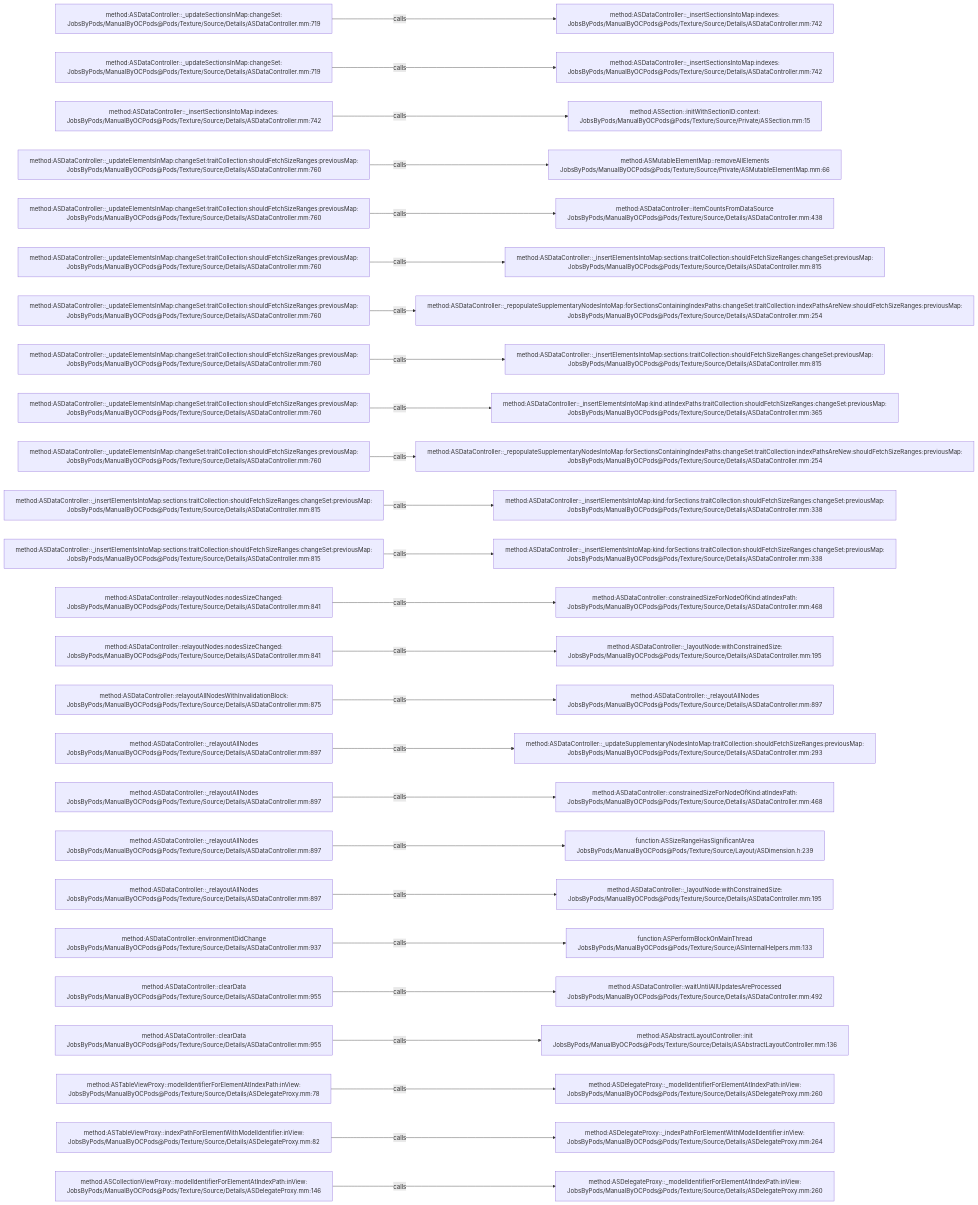
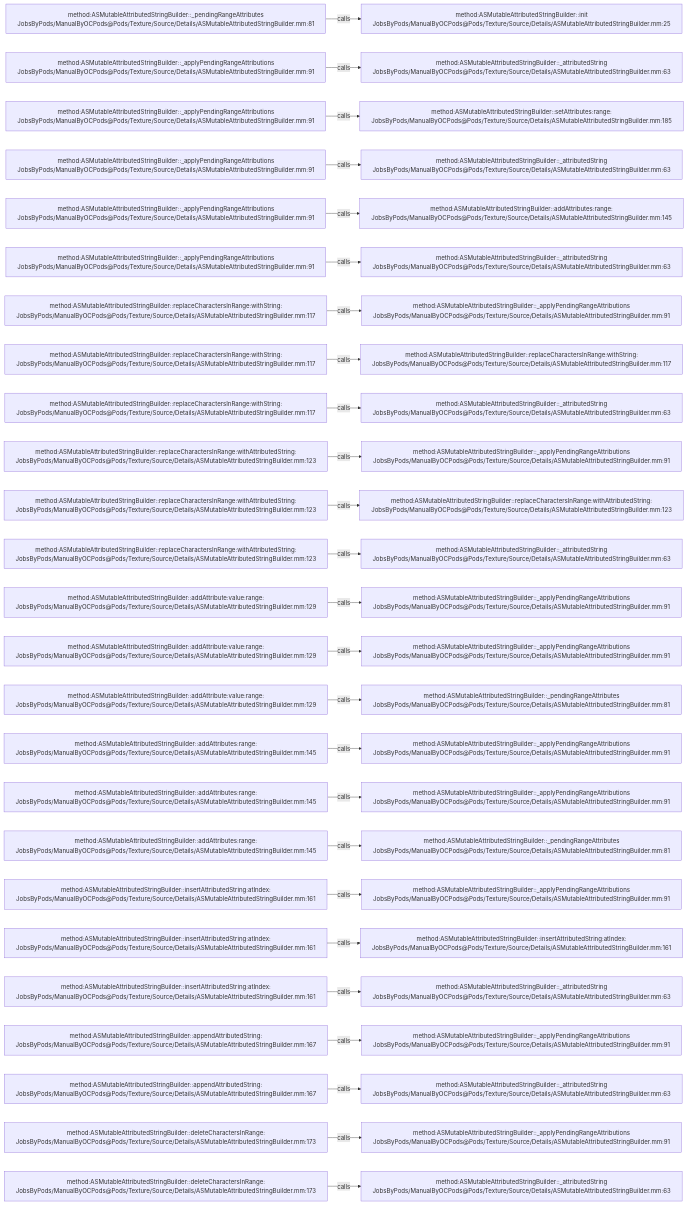
The diagram in .codegraph/codegraph.md/graphs/calls-157.md (JobsKits/JobsOCBaseConfigDemo), drawn with Mermaid before and after one commit. The commit also changed 1353 other files, not shown here.

````diff
--- a/.codegraph/codegraph.md/graphs/calls-157.md
+++ b/.codegraph/codegraph.md/graphs/calls-157.md
@@ -13,78 +13,78 @@
 ```mermaid
 flowchart LR
-  S1["method:ASDataController::_updateSectionsInMap:changeSet:<br/>JobsByPods/ManualByOCPods@Pods/Texture/Source/Details/ASDataController.mm:719"]
-  T1["method:ASDataController::_insertSectionsIntoMap:indexes:<br/>JobsByPods/ManualByOCPods@Pods/Texture/Source/Details/ASDataController.mm:742"]
+  S1["method:ASMutableAttributedStringBuilder::_pendingRangeAttributes<br/>JobsByPods/ManualByOCPods@Pods/Texture/Source/Details/ASMutableAttributedStringBuilder.mm:81"]
+  T1["method:ASMutableAttributedStringBuilder::init<br/>JobsByPods/ManualByOCPods@Pods/Texture/Source/Details/ASMutableAttributedStringBuilder.mm:25"]
   S1 -->|calls| T1
-  S2["method:ASDataController::_updateSectionsInMap:changeSet:<br/>JobsByPods/ManualByOCPods@Pods/Texture/Source/Details/ASDataController.mm:719"]
-  T2["method:ASDataController::_insertSectionsIntoMap:indexes:<br/>JobsByPods/ManualByOCPods@Pods/Texture/Source/Details/ASDataController.mm:742"]
+  S2["method:ASMutableAttributedStringBuilder::_applyPendingRangeAttributions<br/>JobsByPods/ManualByOCPods@Pods/Texture/Source/Details/ASMutableAttributedStringBuilder.mm:91"]
+  T2["method:ASMutableAttributedStringBuilder::_attributedString<br/>JobsByPods/ManualByOCPods@Pods/Texture/Source/Details/ASMutableAttributedStringBuilder.mm:63"]
   S2 -->|calls| T2
-  S3["method:ASDataController::_insertSectionsIntoMap:indexes:<br/>JobsByPods/ManualByOCPods@Pods/Texture/Source/Details/ASDataController.mm:742"]
-  T3["method:ASSection::initWithSectionID:context:<br/>JobsByPods/ManualByOCPods@Pods/Texture/Source/Private/ASSection.mm:15"]
+  S3["method:ASMutableAttributedStringBuilder::_applyPendingRangeAttributions<br/>JobsByPods/ManualByOCPods@Pods/Texture/Source/Details/ASMutableAttributedStringBuilder.mm:91"]
+  T3["method:ASMutableAttributedStringBuilder::setAttributes:range:<br/>JobsByPods/ManualByOCPods@Pods/Texture/Source/Details/ASMutableAttributedStringBuilder.mm:185"]
   S3 -->|calls| T3
-  S4["method:ASDataController::_updateElementsInMap:changeSet:traitCollection:shouldFetchSizeRanges:previousMap:<br/>JobsByPods/ManualByOCPods@Pods/Texture/Source/Details/ASDataController.mm:760"]
-  T4["method:ASMutableElementMap::removeAllElements<br/>JobsByPods/ManualByOCPods@Pods/Texture/Source/Private/ASMutableElementMap.mm:66"]
+  S4["method:ASMutableAttributedStringBuilder::_applyPendingRangeAttributions<br/>JobsByPods/ManualByOCPods@Pods/Texture/Source/Details/ASMutableAttributedStringBuilder.mm:91"]
+  T4["method:ASMutableAttributedStringBuilder::_attributedString<br/>JobsByPods/ManualByOCPods@Pods/Texture/Source/Details/ASMutableAttributedStringBuilder.mm:63"]
   S4 -->|calls| T4
-  S5["method:ASDataController::_updateElementsInMap:changeSet:traitCollection:shouldFetchSizeRanges:previousMap:<br/>JobsByPods/ManualByOCPods@Pods/Texture/Source/Details/ASDataController.mm:760"]
-  T5["method:ASDataController::itemCountsFromDataSource<br/>JobsByPods/ManualByOCPods@Pods/Texture/Source/Details/ASDataController.mm:438"]
+  S5["method:ASMutableAttributedStringBuilder::_applyPendingRangeAttributions<br/>JobsByPods/ManualByOCPods@Pods/Texture/Source/Details/ASMutableAttributedStringBuilder.mm:91"]
+  T5["method:ASMutableAttributedStringBuilder::addAttributes:range:<br/>JobsByPods/ManualByOCPods@Pods/Texture/Source/Details/ASMutableAttributedStringBuilder.mm:145"]
   S5 -->|calls| T5
-  S6["method:ASDataController::_updateElementsInMap:changeSet:traitCollection:shouldFetchSizeRanges:previousMap:<br/>JobsByPods/ManualByOCPods@Pods/Texture/Source/Details/ASDataController.mm:760"]
-  T6["method:ASDataController::_insertElementsIntoMap:sections:traitCollection:shouldFetchSizeRanges:changeSet:previousMap:<br/>JobsByPods/ManualByOCPods@Pods/Texture/Source/Details/ASDataController.mm:815"]
+  S6["method:ASMutableAttributedStringBuilder::_applyPendingRangeAttributions<br/>JobsByPods/ManualByOCPods@Pods/Texture/Source/Details/ASMutableAttributedStringBuilder.mm:91"]
+  T6["method:ASMutableAttributedStringBuilder::_attributedString<br/>JobsByPods/ManualByOCPods@Pods/Texture/Source/Details/ASMutableAttributedStringBuilder.mm:63"]
   S6 -->|calls| T6
-  S7["method:ASDataController::_updateElementsInMap:changeSet:traitCollection:shouldFetchSizeRanges:previousMap:<br/>JobsByPods/ManualByOCPods@Pods/Texture/Source/Details/ASDataController.mm:760"]
-  T7["method:ASDataController::_repopulateSupplementaryNodesIntoMap:forSectionsContainingIndexPaths:changeSet:traitCollection:indexPathsAreNew:shouldFetchSizeRanges:previousMap:<br/>JobsByPods/ManualByOCPods@Pods/Texture/Source/Details/ASDataController.mm:254"]
+  S7["method:ASMutableAttributedStringBuilder::replaceCharactersInRange:withString:<br/>JobsByPods/ManualByOCPods@Pods/Texture/Source/Details/ASMutableAttributedStringBuilder.mm:117"]
+  T7["method:ASMutableAttributedStringBuilder::_applyPendingRangeAttributions<br/>JobsByPods/ManualByOCPods@Pods/Texture/Source/Details/ASMutableAttributedStringBuilder.mm:91"]
   S7 -->|calls| T7
-  S8["method:ASDataController::_updateElementsInMap:changeSet:traitCollection:shouldFetchSizeRanges:previousMap:<br/>JobsByPods/ManualByOCPods@Pods/Texture/Source/Details/ASDataController.mm:760"]
-  T8["method:ASDataController::_insertElementsIntoMap:sections:traitCollection:shouldFetchSizeRanges:changeSet:previousMap:<br/>JobsByPods/ManualByOCPods@Pods/Texture/Source/Details/ASDataController.mm:815"]
+  S8["method:ASMutableAttributedStringBuilder::replaceCharactersInRange:withString:<br/>JobsByPods/ManualByOCPods@Pods/Texture/Source/Details/ASMutableAttributedStringBuilder.mm:117"]
+  T8["method:ASMutableAttributedStringBuilder::replaceCharactersInRange:withString:<br/>JobsByPods/ManualByOCPods@Pods/Texture/Source/Details/ASMutableAttributedStringBuilder.mm:117"]
   S8 -->|calls| T8
-  S9["method:ASDataController::_updateElementsInMap:changeSet:traitCollection:shouldFetchSizeRanges:previousMap:<br/>JobsByPods/ManualByOCPods@Pods/Texture/Source/Details/ASDataController.mm:760"]
-  T9["method:ASDataController::_insertElementsIntoMap:kind:atIndexPaths:traitCollection:shouldFetchSizeRanges:changeSet:previousMap:<br/>JobsByPods/ManualByOCPods@Pods/Texture/Source/Details/ASDataController.mm:365"]
+  S9["method:ASMutableAttributedStringBuilder::replaceCharactersInRange:withString:<br/>JobsByPods/ManualByOCPods@Pods/Texture/Source/Details/ASMutableAttributedStringBuilder.mm:117"]
+  T9["method:ASMutableAttributedStringBuilder::_attributedString<br/>JobsByPods/ManualByOCPods@Pods/Texture/Source/Details/ASMutableAttributedStringBuilder.mm:63"]
   S9 -->|calls| T9
-  S10["method:ASDataController::_updateElementsInMap:changeSet:traitCollection:shouldFetchSizeRanges:previousMap:<br/>JobsByPods/ManualByOCPods@Pods/Texture/Source/Details/ASDataController.mm:760"]
-  T10["method:ASDataController::_repopulateSupplementaryNodesIntoMap:forSectionsContainingIndexPaths:changeSet:traitCollection:indexPathsAreNew:shouldFetchSizeRanges:previousMap:<br/>JobsByPods/ManualByOCPods@Pods/Texture/Source/Details/ASDataController.mm:254"]
+  S10["method:ASMutableAttributedStringBuilder::replaceCharactersInRange:withAttributedString:<br/>JobsByPods/ManualByOCPods@Pods/Texture/Source/Details/ASMutableAttributedStringBuilder.mm:123"]
+  T10["method:ASMutableAttributedStringBuilder::_applyPendingRangeAttributions<br/>JobsByPods/ManualByOCPods@Pods/Texture/Source/Details/ASMutableAttributedStringBuilder.mm:91"]
   S10 -->|calls| T10
-  S11["method:ASDataController::_insertElementsIntoMap:sections:traitCollection:shouldFetchSizeRanges:changeSet:previousMap:<br/>JobsByPods/ManualByOCPods@Pods/Texture/Source/Details/ASDataController.mm:815"]
-  T11["method:ASDataController::_insertElementsIntoMap:kind:forSections:traitCollection:shouldFetchSizeRanges:changeSet:previousMap:<br/>JobsByPods/ManualByOCPods@Pods/Texture/Source/Details/ASDataController.mm:338"]
+  S11["method:ASMutableAttributedStringBuilder::replaceCharactersInRange:withAttributedString:<br/>JobsByPods/ManualByOCPods@Pods/Texture/Source/Details/ASMutableAttributedStringBuilder.mm:123"]
+  T11["method:ASMutableAttributedStringBuilder::replaceCharactersInRange:withAttributedString:<br/>JobsByPods/ManualByOCPods@Pods/Texture/Source/Details/ASMutableAttributedStringBuilder.mm:123"]
   S11 -->|calls| T11
-  S12["method:ASDataController::_insertElementsIntoMap:sections:traitCollection:shouldFetchSizeRanges:changeSet:previousMap:<br/>JobsByPods/ManualByOCPods@Pods/Texture/Source/Details/ASDataController.mm:815"]
-  T12["method:ASDataController::_insertElementsIntoMap:kind:forSections:traitCollection:shouldFetchSizeRanges:changeSet:previousMap:<br/>JobsByPods/ManualByOCPods@Pods/Texture/Source/Details/ASDataController.mm:338"]
+  S12["method:ASMutableAttributedStringBuilder::replaceCharactersInRange:withAttributedString:<br/>JobsByPods/ManualByOCPods@Pods/Texture/Source/Details/ASMutableAttributedStringBuilder.mm:123"]
+  T12["method:ASMutableAttributedStringBuilder::_attributedString<br/>JobsByPods/ManualByOCPods@Pods/Texture/Source/Details/ASMutableAttributedStringBuilder.mm:63"]
   S12 -->|calls| T12
-  S13["method:ASDataController::relayoutNodes:nodesSizeChanged:<br/>JobsByPods/ManualByOCPods@Pods/Texture/Source/Details/ASDataController.mm:841"]
-  T13["method:ASDataController::constrainedSizeForNodeOfKind:atIndexPath:<br/>JobsByPods/ManualByOCPods@Pods/Texture/Source/Details/ASDataController.mm:468"]
+  S13["method:ASMutableAttributedStringBuilder::addAttribute:value:range:<br/>JobsByPods/ManualByOCPods@Pods/Texture/Source/Details/ASMutableAttributedStringBuilder.mm:129"]
+  T13["method:ASMutableAttributedStringBuilder::_applyPendingRangeAttributions<br/>JobsByPods/ManualByOCPods@Pods/Texture/Source/Details/ASMutableAttributedStringBuilder.mm:91"]
   S13 -->|calls| T13
-  S14["method:ASDataController::relayoutNodes:nodesSizeChanged:<br/>JobsByPods/ManualByOCPods@Pods/Texture/Source/Details/ASDataController.mm:841"]
-  T14["method:ASDataController::_layoutNode:withConstrainedSize:<br/>JobsByPods/ManualByOCPods@Pods/Texture/Source/Details/ASDataController.mm:195"]
+  S14["method:ASMutableAttributedStringBuilder::addAttribute:value:range:<br/>JobsByPods/ManualByOCPods@Pods/Texture/Source/Details/ASMutableAttributedStringBuilder.mm:129"]
+  T14["method:ASMutableAttributedStringBuilder::_applyPendingRangeAttributions<br/>JobsByPods/ManualByOCPods@Pods/Texture/Source/Details/ASMutableAttributedStringBuilder.mm:91"]
   S14 -->|calls| T14
-  S15["method:ASDataController::relayoutAllNodesWithInvalidationBlock:<br/>JobsByPods/ManualByOCPods@Pods/Texture/Source/Details/ASDataController.mm:875"]
-  T15["method:ASDataController::_relayoutAllNodes<br/>JobsByPods/ManualByOCPods@Pods/Texture/Source/Details/ASDataController.mm:897"]
+  S15["method:ASMutableAttributedStringBuilder::addAttribute:value:range:<br/>JobsByPods/ManualByOCPods@Pods/Texture/Source/Details/ASMutableAttributedStringBuilder.mm:129"]
+  T15["method:ASMutableAttributedStringBuilder::_pendingRangeAttributes<br/>JobsByPods/ManualByOCPods@Pods/Texture/Source/Details/ASMutableAttributedStringBuilder.mm:81"]
   S15 -->|calls| T15
-  S16["method:ASDataController::_relayoutAllNodes<br/>JobsByPods/ManualByOCPods@Pods/Texture/Source/Details/ASDataController.mm:897"]
-  T16["method:ASDataController::_updateSupplementaryNodesIntoMap:traitCollection:shouldFetchSizeRanges:previousMap:<br/>JobsByPods/ManualByOCPods@Pods/Texture/Source/Details/ASDataController.mm:293"]
+  S16["method:ASMutableAttributedStringBuilder::addAttributes:range:<br/>JobsByPods/ManualByOCPods@Pods/Texture/Source/Details/ASMutableAttributedStringBuilder.mm:145"]
+  T16["method:ASMutableAttributedStringBuilder::_applyPendingRangeAttributions<br/>JobsByPods/ManualByOCPods@Pods/Texture/Source/Details/ASMutableAttributedStringBuilder.mm:91"]
   S16 -->|calls| T16
-  S17["method:ASDataController::_relayoutAllNodes<br/>JobsByPods/ManualByOCPods@Pods/Texture/Source/Details/ASDataController.mm:897"]
-  T17["method:ASDataController::constrainedSizeForNodeOfKind:atIndexPath:<br/>JobsByPods/ManualByOCPods@Pods/Texture/Source/Details/ASDataController.mm:468"]
+  S17["method:ASMutableAttributedStringBuilder::addAttributes:range:<br/>JobsByPods/ManualByOCPods@Pods/Texture/Source/Details/ASMutableAttributedStringBuilder.mm:145"]
+  T17["method:ASMutableAttributedStringBuilder::_applyPendingRangeAttributions<br/>JobsByPods/ManualByOCPods@Pods/Texture/Source/Details/ASMutableAttributedStringBuilder.mm:91"]
   S17 -->|calls| T17
-  S18["method:ASDataController::_relayoutAllNodes<br/>JobsByPods/ManualByOCPods@Pods/Texture/Source/Details/ASDataController.mm:897"]
-  T18["function:ASSizeRangeHasSignificantArea<br/>JobsByPods/ManualByOCPods@Pods/Texture/Source/Layout/ASDimension.h:239"]
+  S18["method:ASMutableAttributedStringBuilder::addAttributes:range:<br/>JobsByPods/ManualByOCPods@Pods/Texture/Source/Details/ASMutableAttributedStringBuilder.mm:145"]
+  T18["method:ASMutableAttributedStringBuilder::_pendingRangeAttributes<br/>JobsByPods/ManualByOCPods@Pods/Texture/Source/Details/ASMutableAttributedStringBuilder.mm:81"]
   S18 -->|calls| T18
-  S19["method:ASDataController::_relayoutAllNodes<br/>JobsByPods/ManualByOCPods@Pods/Texture/Source/Details/ASDataController.mm:897"]
-  T19["method:ASDataController::_layoutNode:withConstrainedSize:<br/>JobsByPods/ManualByOCPods@Pods/Texture/Source/Details/ASDataController.mm:195"]
+  S19["method:ASMutableAttributedStringBuilder::insertAttributedString:atIndex:<br/>JobsByPods/ManualByOCPods@Pods/Texture/Source/Details/ASMutableAttributedStringBuilder.mm:161"]
+  T19["method:ASMutableAttributedStringBuilder::_applyPendingRangeAttributions<br/>JobsByPods/ManualByOCPods@Pods/Texture/Source/Details/ASMutableAttributedStringBuilder.mm:91"]
   S19 -->|calls| T19
-  S20["method:ASDataController::environmentDidChange<br/>JobsByPods/ManualByOCPods@Pods/Texture/Source/Details/ASDataController.mm:937"]
-  T20["function:ASPerformBlockOnMainThread<br/>JobsByPods/ManualByOCPods@Pods/Texture/Source/ASInternalHelpers.mm:133"]
+  S20["method:ASMutableAttributedStringBuilder::insertAttributedString:atIndex:<br/>JobsByPods/ManualByOCPods@Pods/Texture/Source/Details/ASMutableAttributedStringBuilder.mm:161"]
+  T20["method:ASMutableAttributedStringBuilder::insertAttributedString:atIndex:<br/>JobsByPods/ManualByOCPods@Pods/Texture/Source/Details/ASMutableAttributedStringBuilder.mm:161"]
   S20 -->|calls| T20
-  S21["method:ASDataController::clearData<br/>JobsByPods/ManualByOCPods@Pods/Texture/Source/Details/ASDataController.mm:955"]
-  T21["method:ASDataController::waitUntilAllUpdatesAreProcessed<br/>JobsByPods/ManualByOCPods@Pods/Texture/Source/Details/ASDataController.mm:492"]
+  S21["method:ASMutableAttributedStringBuilder::insertAttributedString:atIndex:<br/>JobsByPods/ManualByOCPods@Pods/Texture/Source/Details/ASMutableAttributedStringBuilder.mm:161"]
+  T21["method:ASMutableAttributedStringBuilder::_attributedString<br/>JobsByPods/ManualByOCPods@Pods/Texture/Source/Details/ASMutableAttributedStringBuilder.mm:63"]
   S21 -->|calls| T21
-  S22["method:ASDataController::clearData<br/>JobsByPods/ManualByOCPods@Pods/Texture/Source/Details/ASDataController.mm:955"]
-  T22["method:ASAbstractLayoutController::init<br/>JobsByPods/ManualByOCPods@Pods/Texture/Source/Details/ASAbstractLayoutController.mm:136"]
+  S22["method:ASMutableAttributedStringBuilder::appendAttributedString:<br/>JobsByPods/ManualByOCPods@Pods/Texture/Source/Details/ASMutableAttributedStringBuilder.mm:167"]
+  T22["method:ASMutableAttributedStringBuilder::_applyPendingRangeAttributions<br/>JobsByPods/ManualByOCPods@Pods/Texture/Source/Details/ASMutableAttributedStringBuilder.mm:91"]
   S22 -->|calls| T22
-  S23["method:ASTableViewProxy::modelIdentifierForElementAtIndexPath:inView:<br/>JobsByPods/ManualByOCPods@Pods/Texture/Source/Details/ASDelegateProxy.mm:78"]
-  T23["method:ASDelegateProxy::_modelIdentifierForElementAtIndexPath:inView:<br/>JobsByPods/ManualByOCPods@Pods/Texture/Source/Details/ASDelegateProxy.mm:260"]
+  S23["method:ASMutableAttributedStringBuilder::appendAttributedString:<br/>JobsByPods/ManualByOCPods@Pods/Texture/Source/Details/ASMutableAttributedStringBuilder.mm:167"]
+  T23["method:ASMutableAttributedStringBuilder::_attributedString<br/>JobsByPods/ManualByOCPods@Pods/Texture/Source/Details/ASMutableAttributedStringBuilder.mm:63"]
   S23 -->|calls| T23
-  S24["method:ASTableViewProxy::indexPathForElementWithModelIdentifier:inView:<br/>JobsByPods/ManualByOCPods@Pods/Texture/Source/Details/ASDelegateProxy.mm:82"]
-  T24["method:ASDelegateProxy::_indexPathForElementWithModelIdentifier:inView:<br/>JobsByPods/ManualByOCPods@Pods/Texture/Source/Details/ASDelegateProxy.mm:264"]
+  S24["method:ASMutableAttributedStringBuilder::deleteCharactersInRange:<br/>JobsByPods/ManualByOCPods@Pods/Texture/Source/Details/ASMutableAttributedStringBuilder.mm:173"]
+  T24["method:ASMutableAttributedStringBuilder::_applyPendingRangeAttributions<br/>JobsByPods/ManualByOCPods@Pods/Texture/Source/Details/ASMutableAttributedStringBuilder.mm:91"]
   S24 -->|calls| T24
-  S25["method:ASCollectionViewProxy::modelIdentifierForElementAtIndexPath:inView:<br/>JobsByPods/ManualByOCPods@Pods/Texture/Source/Details/ASDelegateProxy.mm:146"]
-  T25["method:ASDelegateProxy::_modelIdentifierForElementAtIndexPath:inView:<br/>JobsByPods/ManualByOCPods@Pods/Texture/Source/Details/ASDelegateProxy.mm:260"]
+  S25["method:ASMutableAttributedStringBuilder::deleteCharactersInRange:<br/>JobsByPods/ManualByOCPods@Pods/Texture/Source/Details/ASMutableAttributedStringBuilder.mm:173"]
+  T25["method:ASMutableAttributedStringBuilder::_attributedString<br/>JobsByPods/ManualByOCPods@Pods/Texture/Source/Details/ASMutableAttributedStringBuilder.mm:63"]
   S25 -->|calls| T25
 ```
````
